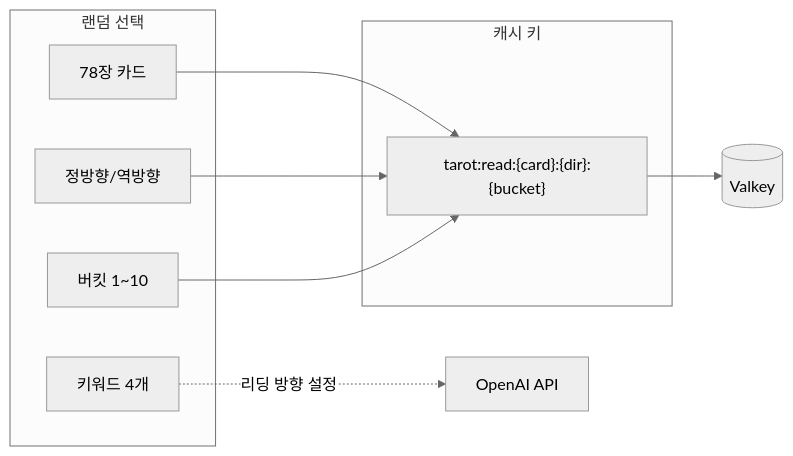
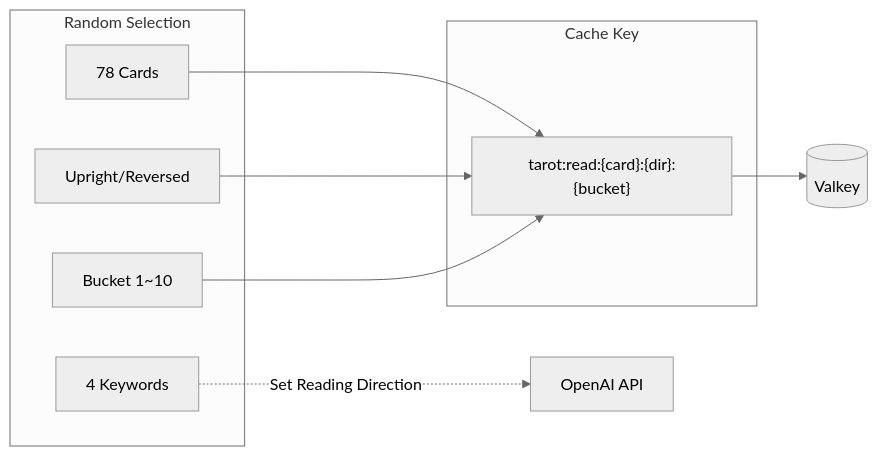
The first of 2 diagrams in src/content/blog/en/tarot-deep-dive.md (mandacode-labs/mandacode-devs), drawn with Mermaid (neutral theme) before and after one commit. The commit also changed other lines of this file and 12 other files, not shown here.

````diff
--- a/src/content/blog/en/tarot-deep-dive.md
+++ b/src/content/blog/en/tarot-deep-dive.md
@@ -45,19 +28,19 @@
 ```mermaid
 flowchart LR
-    subgraph "랜덤 선택"
-        Card[78장 카드]
-        Dir[정방향/역방향]
-        Bucket[버킷 1~10]
-        Keywords[키워드 4개]
+    subgraph "Random Selection"
+        Card[78 Cards]
+        Dir[Upright/Reversed]
+        Bucket[Bucket 1~10]
+        Keywords[4 Keywords]
     end
 
-    subgraph "캐시 키"
+    subgraph "Cache Key"
         Key["tarot:read:{card}:{dir}:{bucket}"]
     end
 
     Card --> Key
     Dir --> Key
     Bucket --> Key
     Key --> Valkey[(Valkey)]
-    Keywords -.->|리딩 방향 설정| OpenAI[OpenAI API]
+    Keywords -.->|Set Reading Direction| OpenAI[OpenAI API]
 ```
````
